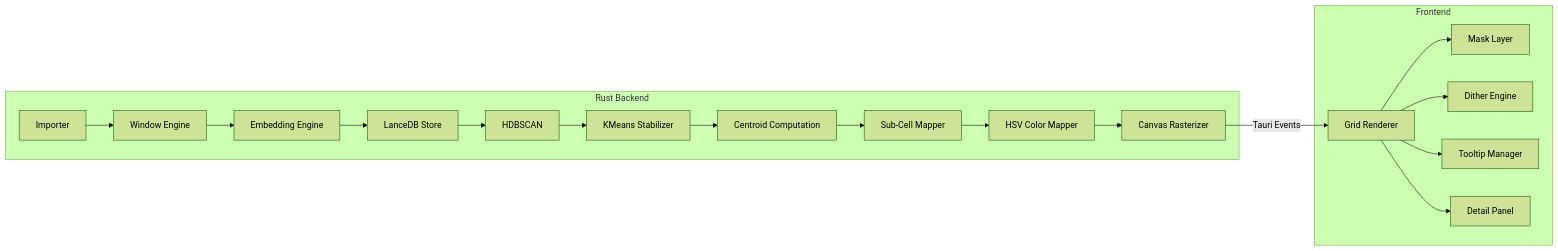
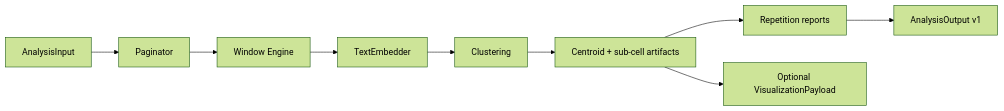
The second of 4 diagrams in .kiro/specs/similarity-map/design.md (okita-io/similarity-map), drawn with Mermaid (forest theme) before and after one commit. The commit also changed other lines of this file and 8 other files, not shown here.

Commit message:
Align documentation with the reusable core architecture and verified limitations.

````diff
--- a/.kiro/specs/similarity-map/design.md
+++ b/.kiro/specs/similarity-map/design.md
@@ -65,23 +69,11 @@
 ```mermaid
 graph LR
-    subgraph Rust Backend
-        A[Importer] --> B[Window Engine]
-        B --> C[Embedding Engine]
-        C --> D[LanceDB Store]
-        D --> E[HDBSCAN]
-        E --> F[KMeans Stabilizer]
-        F --> G[Centroid Computation]
-        G --> H[Sub-Cell Mapper]
-        H --> I[HSV Color Mapper]
-        I --> J[Canvas Rasterizer]
-    end
-
-    subgraph Frontend
-        K[Grid Renderer] --> L[Mask Layer]
-        K --> M[Dither Engine]
-        K --> N[Tooltip Manager]
-        K --> O[Detail Panel]
-    end
-
-    J -->|Tauri Events| K
+    A[AnalysisInput] --> B[Paginator]
+    B --> C[Window Engine]
+    C --> D[TextEmbedder]
+    D --> E[Clustering]
+    E --> F[Centroid + sub-cell artifacts]
+    F --> G[Repetition reports]
+    G --> H[AnalysisOutput v1]
+    F --> I[Optional VisualizationPayload]
 ```
````
